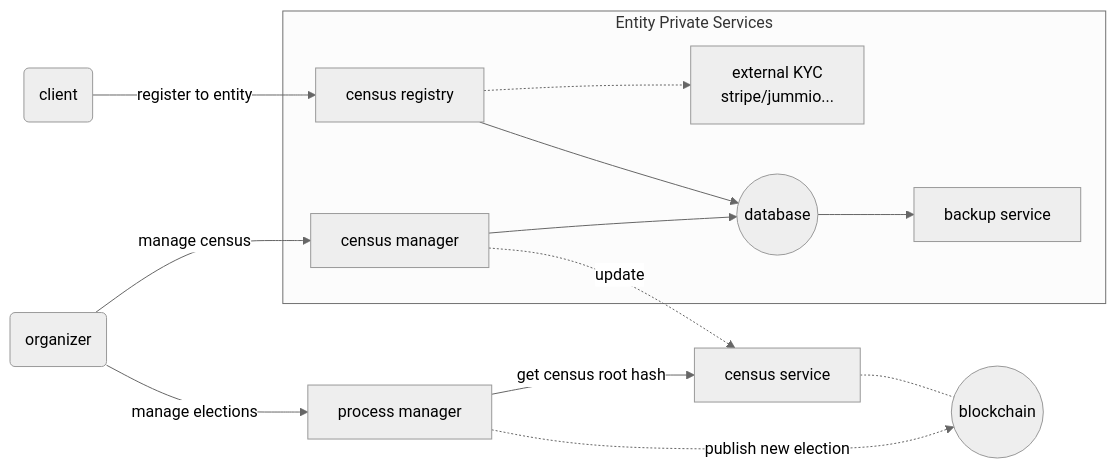
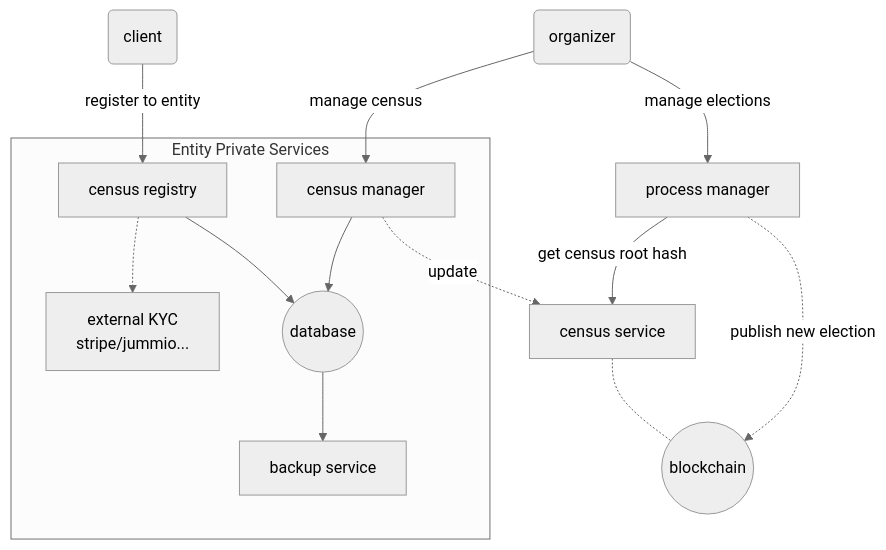
Before and after one commit to vocdoni/docs: the diagram in docs/protocol/architecture.md, drawn with Mermaid (neutral theme).

Commit message:
Modify components relation graph

````diff
--- a/docs/protocol/architecture.md
+++ b/docs/protocol/architecture.md
@@ -62,18 +62,18 @@
 ```mermaid
-graph LR;
+graph TD;
 
 OR(organizer)-- manage census -->CM
 OR-->|manage elections|PR[process manager]
 
 subgraph Entity Private Services
 CR-.->S["external KYC<br/>stripe/jummio..."]
 CR[census registry]-->DB
 CM[census manager]-->DB((database))
 DB-->BCK[backup service]
 end
 CL(client)-- register to entity -->CR
 CM-.->|update|CS[census service]
 CS-.-BL((blockchain))
 PR-->|get census root hash|CS
 PR-.->|publish new election|BL
 ```
````
